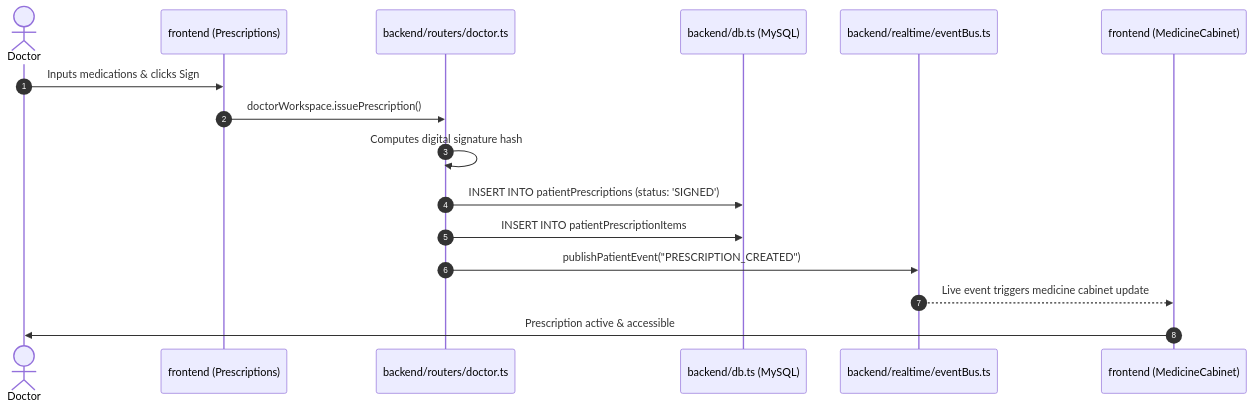
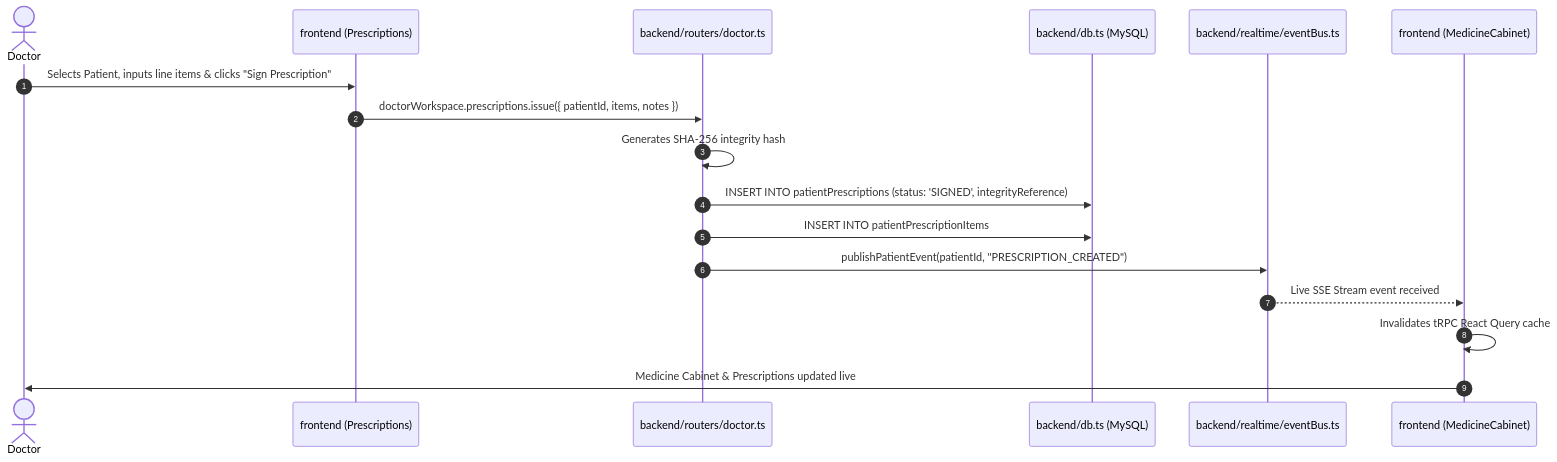
The seventh of 7 diagrams in SYSTEM_DIAGRAMS.md (sarthakmandhare34/New-LifeLink-Smart-Healthcare-Assistance-Platform), drawn with Mermaid before and after one commit. The commit also changed other lines of this file and 7 other files, not shown here.

Commit message:
docs: comprehensive update of project documentation, diagrams, and implementation reports

````diff
--- a/SYSTEM_DIAGRAMS.md
+++ b/SYSTEM_DIAGRAMS.md
@@ -323,19 +369,20 @@
 ```mermaid
 sequenceDiagram
     autonumber
     actor Doctor as Doctor
     participant DocUI as frontend (Prescriptions)
-    participant Router as backend/routers/doctor.ts
+    participant DocRouter as backend/routers/doctor.ts
     participant DB as backend/db.ts (MySQL)
     participant SSE as backend/realtime/eventBus.ts
     participant PatUI as frontend (MedicineCabinet)
 
-    Doctor->>DocUI: Inputs medications & clicks Sign
-    DocUI->>Router: doctorWorkspace.issuePrescription()
-    Router->>Router: Computes digital signature hash
-    Router->>DB: INSERT INTO patientPrescriptions (status: 'SIGNED')
-    Router->>DB: INSERT INTO patientPrescriptionItems
-    Router->>SSE: publishPatientEvent("PRESCRIPTION_CREATED")
-    SSE-->>PatUI: Live event triggers medicine cabinet update
-    PatUI->>Doctor: Prescription active & accessible
+    Doctor->>DocUI: Selects Patient, inputs line items & clicks "Sign Prescription"
+    DocUI->>DocRouter: doctorWorkspace.prescriptions.issue({ patientId, items, notes })
+    DocRouter->>DocRouter: Generates SHA-256 integrity hash
+    DocRouter->>DB: INSERT INTO patientPrescriptions (status: 'SIGNED', integrityReference)
+    DocRouter->>DB: INSERT INTO patientPrescriptionItems
+    DocRouter->>SSE: publishPatientEvent(patientId, "PRESCRIPTION_CREATED")
+    SSE-->>PatUI: Live SSE Stream event received
+    PatUI->>PatUI: Invalidates tRPC React Query cache
+    PatUI->>Doctor: Medicine Cabinet & Prescriptions updated live
 ```
````
